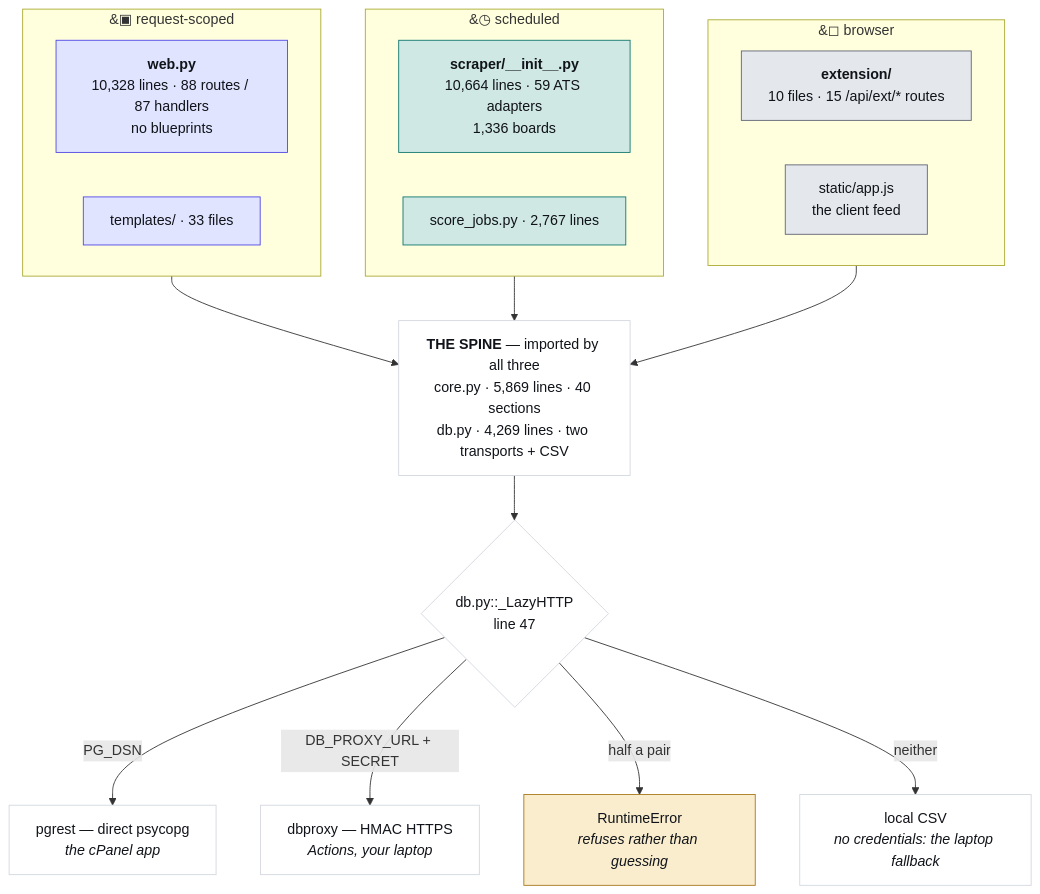
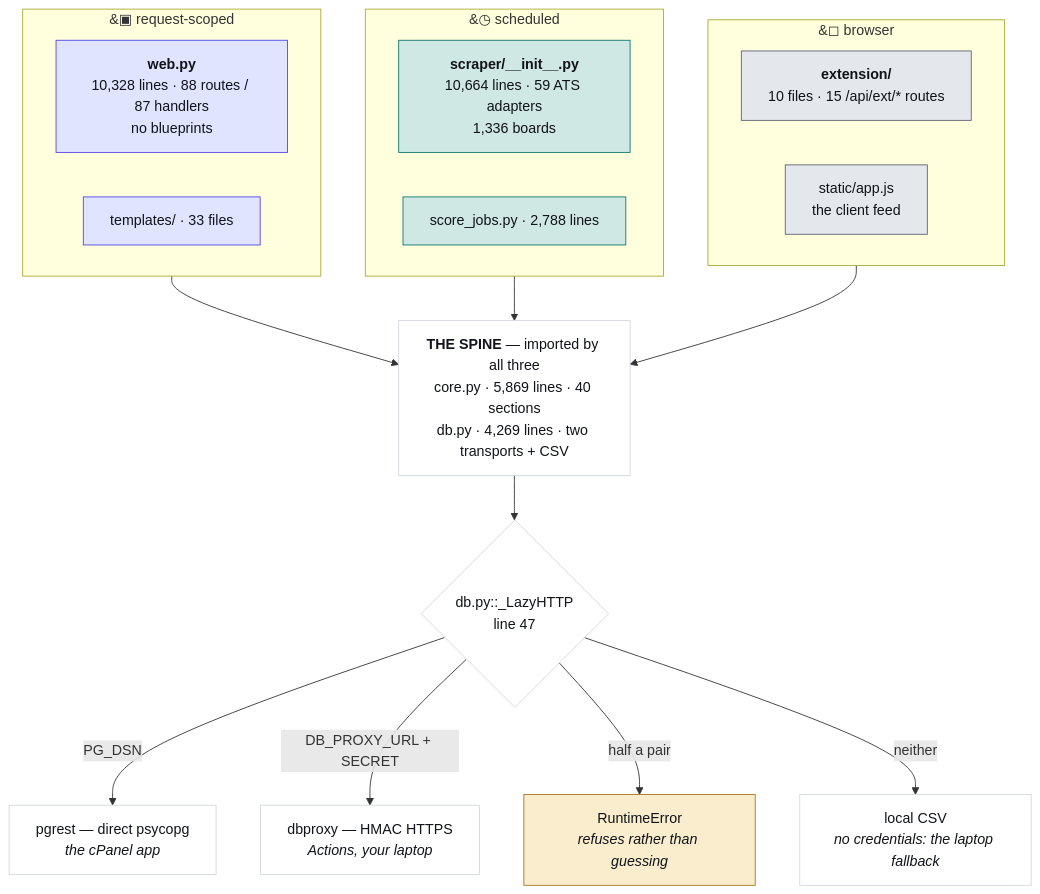
Before and after one commit to hadakunal909-debug/job-search-tool: the first of 4 diagrams in JobMatch Scraper/docs/ARCHITECTURE.md, drawn with Mermaid. The commit also changed 6 other files, not shown here.

````diff
--- a/JobMatch Scraper/docs/ARCHITECTURE.md
+++ b/JobMatch Scraper/docs/ARCHITECTURE.md
@@ -48,34 +48,34 @@
 ```mermaid
 flowchart TB
   subgraph REQ["&#9635; request-scoped"]
     W["<b>web.py</b><br/>10,328 lines · 88 routes / 87 handlers<br/>no blueprints"]
     T["templates/ · 33 files"]
   end
   subgraph SCH["&#9719; scheduled"]
     S["<b>scraper/__init__.py</b><br/>10,664 lines · 59 ATS adapters<br/>1,336 boards"]
-    J["score_jobs.py · 2,767 lines"]
+    J["score_jobs.py · 2,788 lines"]
   end
   subgraph CLI["&#9723; browser"]
     E["<b>extension/</b><br/>10 files · 15 /api/ext/* routes"]
     A["static/app.js<br/>the client feed"]
   end
   SPINE["<b>THE SPINE</b> — imported by all three<br/>core.py · 5,869 lines · 40 sections<br/>db.py · 4,269 lines · two transports + CSV"]
   REQ --> SPINE
   SCH --> SPINE
   CLI --> SPINE
   SPINE --> D{"db.py::_LazyHTTP<br/>line 47"}
   D -->|"PG_DSN"| P["pgrest — direct psycopg<br/><i>the cPanel app</i>"]
   D -->|"DB_PROXY_URL + SECRET"| X["dbproxy — HMAC HTTPS<br/><i>Actions, your laptop</i>"]
   D -->|"half a pair"| R["RuntimeError<br/><i>refuses rather than guessing</i>"]
   D -->|"neither"| V["local CSV<br/><i>no credentials: the laptop fallback</i>"]
   classDef web fill:#e0e4fe,stroke:#4f46e5,color:#101319
   classDef sched fill:#cfe8e3,stroke:#0f766e,color:#101319
   classDef client fill:#e4e7ec,stroke:#5f6573,color:#101319
   classDef trap fill:#f9edcd,stroke:#a8781a,color:#101319
   classDef plain fill:#ffffff,stroke:#d3d7df,color:#101319
   class W,T web
   class S,J sched
   class E,A client
   class R trap
   class SPINE,D,P,X,V plain
 ```
````
